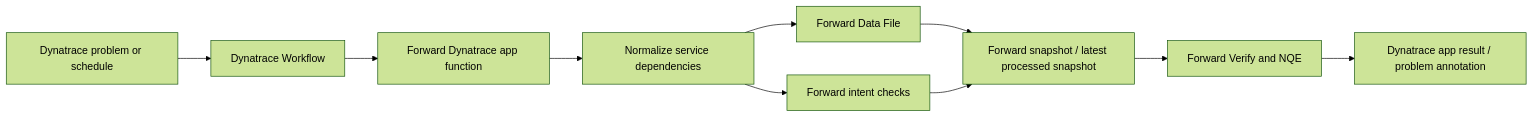
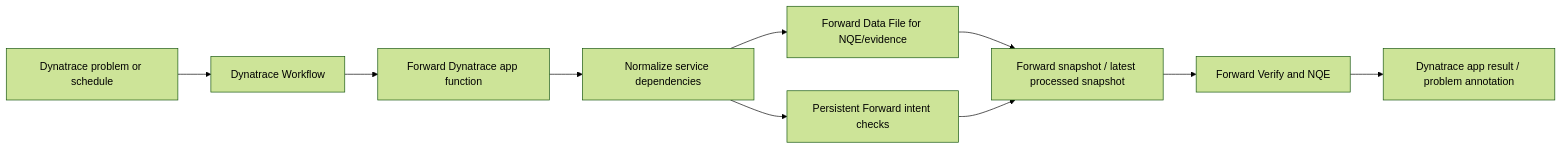
The diagram in docs/workflow.md (forwardnetworks/forward-dynatrace), drawn with Mermaid (forest theme) before and after one commit. The commit also changed other lines of this file and 7 other files, not shown here.

````diff
--- a/docs/workflow.md
+++ b/docs/workflow.md
@@ -16,12 +20,12 @@
 ```mermaid
 flowchart LR
     A["Dynatrace problem or schedule"] --> B["Dynatrace Workflow"]
     B --> C["Forward Dynatrace app function"]
     C --> D["Normalize service dependencies"]
-    D --> E["Forward Data File"]
-    D --> F["Forward intent checks"]
+    D --> E["Forward Data File for NQE/evidence"]
+    D --> F["Persistent Forward intent checks"]
     E --> G["Forward snapshot / latest processed snapshot"]
     F --> G
     G --> H["Forward Verify and NQE"]
     H --> I["Dynatrace app result / problem annotation"]
 ```
````
